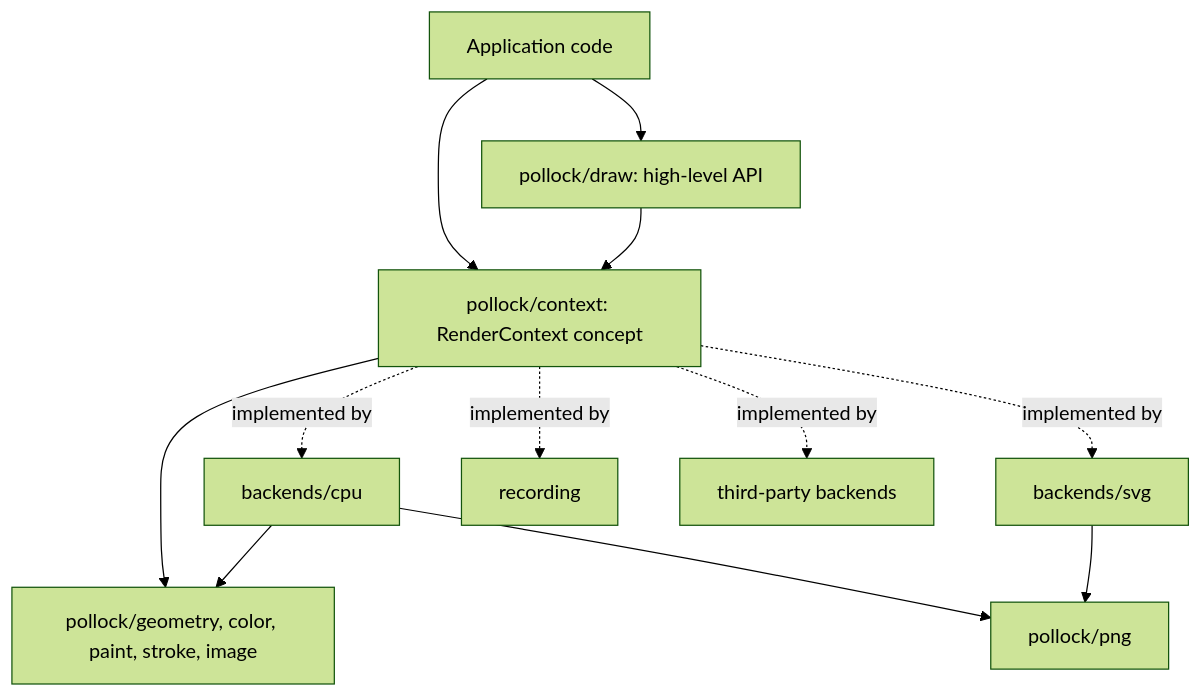
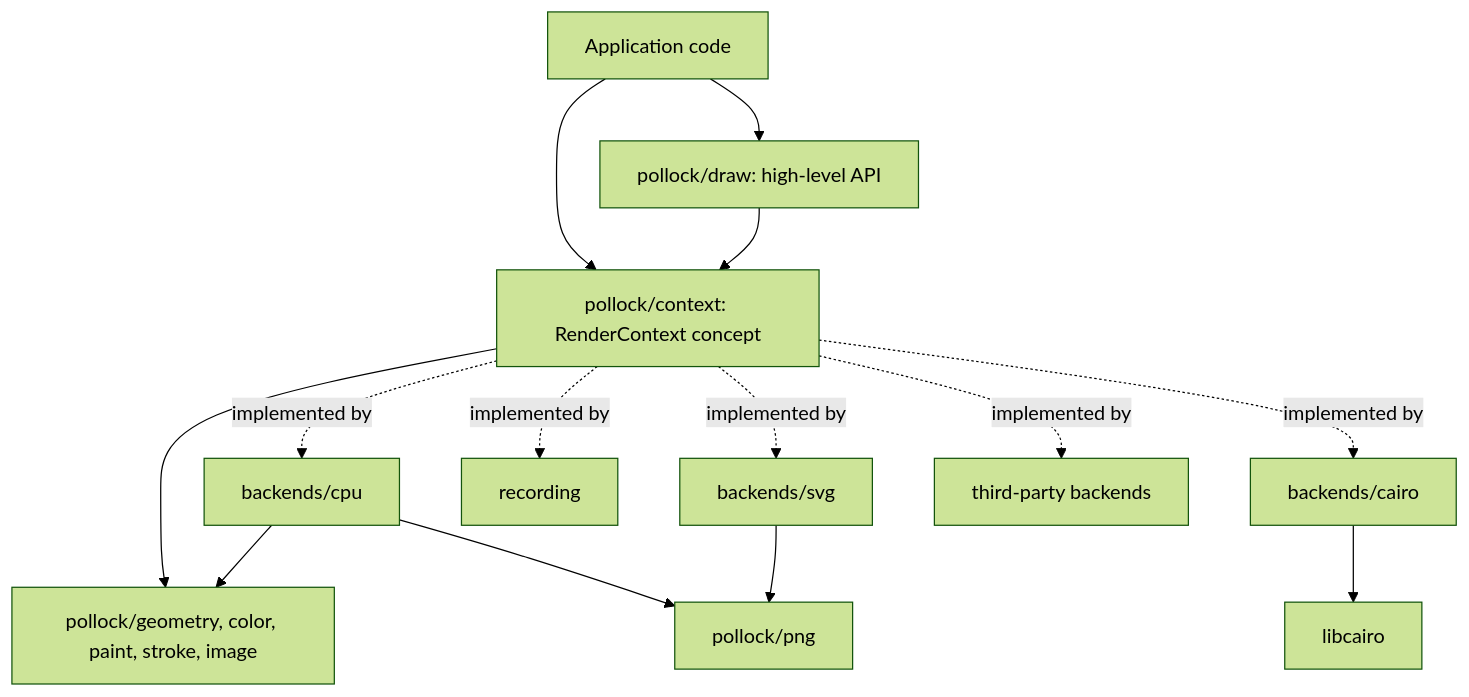
The diagram in docs/architecture.md (playforge-coding/pollock), drawn with Mermaid (forest theme) before and after one commit. The commit also changed other lines of this file and 13 other files, not shown here.

````diff
--- a/docs/architecture.md
+++ b/docs/architecture.md
@@ -7,14 +7,16 @@
 ```mermaid
 flowchart TD
   app[Application code] --> hl[pollock/draw: high-level API]
   app --> ctx
   hl --> ctx[pollock/context: RenderContext concept]
   ctx --> geo[pollock/geometry, color, paint, stroke, image]
   ctx -.implemented by.-> cpu[backends/cpu]
   ctx -.implemented by.-> svg[backends/svg]
   ctx -.implemented by.-> rec[recording]
+  ctx -.implemented by.-> cairo[backends/cairo]
   ctx -.implemented by.-> ext[third-party backends]
   cpu --> geo
   cpu --> png[pollock/png]
   svg --> png
+  cairo --> libcairo[libcairo]
 ```
````
